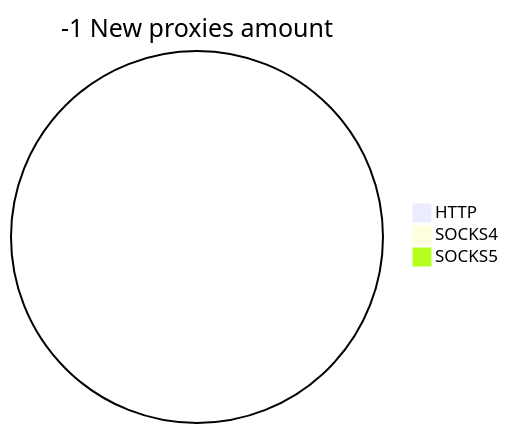
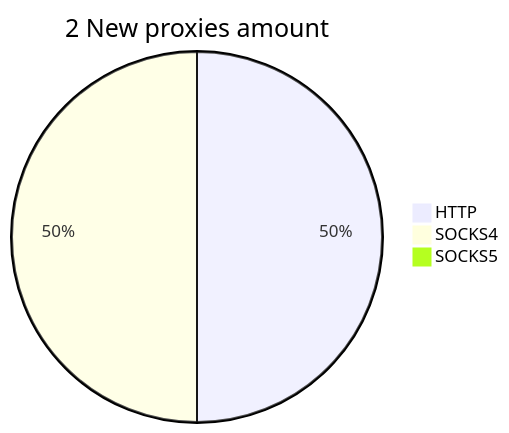
Before and after one commit to cutipu/proxylist: the second of 2 diagrams in README.md, drawn with Mermaid. The commit also changed other lines of this file, not shown here.

````diff
--- a/README.md
+++ b/README.md
@@ -10,6 +10,6 @@
 ```mermaid
-pie title -1 New proxies amount
-    "HTTP" : 0
-    "SOCKS4" : 0
+pie title 2 New proxies amount
+    "HTTP" : 1
+    "SOCKS4" : 1
     "SOCKS5" : 0
 ```
````
